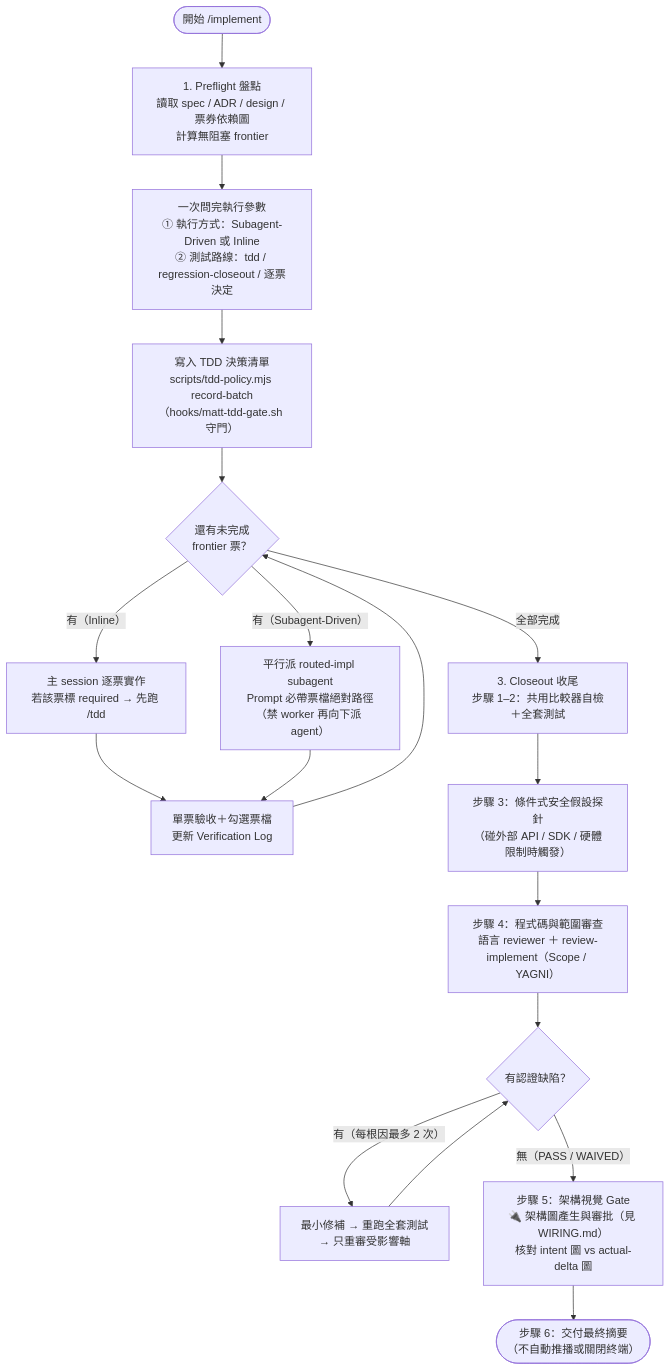
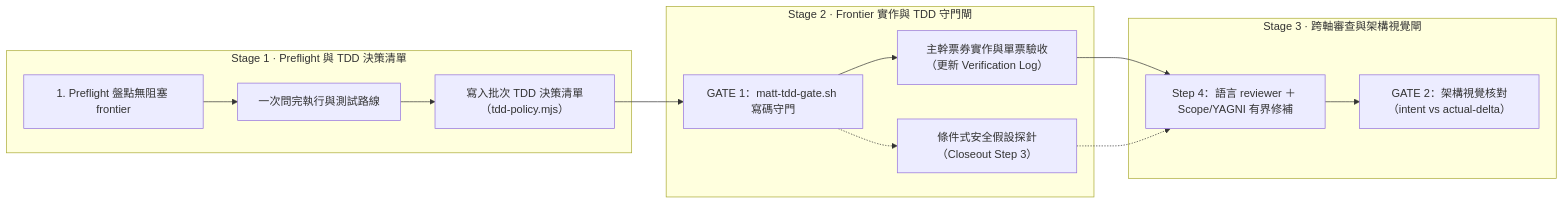
Before and after one commit to GGGODLIN/gggodlin-cc-harness: the diagram in skills/implement/README.md, drawn with Mermaid. The commit also changed other lines of this file and 19 other files, not shown here.

Commit message:
docs: add wide Diagram Design SVG figures for all 10 major mechanisms

````diff
--- a/skills/implement/README.md
+++ b/skills/implement/README.md
@@ -7,22 +12,16 @@
 ```mermaid
-flowchart TD
-  Start(["開始 /implement"]) --> Preflight["1. Preflight 盤點\n讀取 spec / ADR / design / 票券依賴圖\n計算無阻塞 frontier"]
-  Preflight --> AskOnce["一次問完執行參數\n① 執行方式：Subagent-Driven 或 Inline\n② 測試路線：tdd / regression-closeout / 逐票決定"]
-  AskOnce --> Manifest["寫入 TDD 決策清單\nscripts/tdd-policy.mjs record-batch\n（hooks/matt-tdd-gate.sh 守門）"]
-  Manifest --> Frontier{"還有未完成\nfrontier 票？"}
-
-  Frontier -- "有（Inline）" --> InlineWork["主 session 逐票實作\n若該票標 required → 先跑 /tdd"]
-  Frontier -- "有（Subagent-Driven）" --> DispatchWorker["平行派 routed-impl subagent\nPrompt 必帶票檔絕對路徑\n（禁 worker 再向下派 agent）"]
-  InlineWork --> TickVerify["單票驗收＋勾選票檔\n更新 Verification Log"]
-  DispatchWorker --> TickVerify
-  TickVerify --> Frontier
-
-  Frontier -- "全部完成" --> Closeout1["3. Closeout 收尾\n步驟 1–2：共用比較器自檢＋全套測試"]
-  Closeout1 --> Closeout3["步驟 3：條件式安全假設探針\n（碰外部 API / SDK / 硬體限制時觸發）"]
-  Closeout3 --> Closeout4["步驟 4：程式碼與範圍審查\n語言 reviewer ＋ review-implement（Scope / YAGNI）"]
-  Closeout4 --> Repair{"有認證缺陷？"}
-  Repair -- "有（每根因最多 2 次）" --> FixLoop["最小修補 → 重跑全套測試\n→ 只重審受影響軸"]
-  FixLoop --> Repair
-  Repair -- "無（PASS / WAIVED）" --> VisualGate["步驟 5：架構視覺 Gate\n🔌 架構圖產生與審批（見 WIRING.md）\n核對 intent 圖 vs actual-delta 圖"]
-  VisualGate --> Done(["步驟 6：交付最終摘要\n（不自動推播或關閉終端）"])
+flowchart LR
+  subgraph S1["Stage 1 · Preflight 與 TDD 決策清單"]
+    Preflight["1. Preflight 盤點無阻塞 frontier"] --> AskOnce["一次問完執行與測試路線"] --> Manifest["寫入批次 TDD 決策清單（tdd-policy.mjs）"]
+  end
+  subgraph S2["Stage 2 · Frontier 實作與 TDD 守門閘"]
+    Gate1["GATE 1：matt-tdd-gate.sh 寫碼守門"] --> Exec["主幹票券實作與單票驗收（更新 Verification Log）"]
+    Gate1 -.-> Probe["條件式安全假設探針（Closeout Step 3）"]
+  end
+  subgraph S3["Stage 3 · 跨軸審查與架構視覺閘"]
+    Review["Step 4：語言 reviewer ＋ Scope/YAGNI 有界修補"] --> VisualGate["GATE 2：架構視覺核對（intent vs actual-delta）"]
+  end
+  Manifest --> Gate1
+  Exec --> Review
+  Probe -.-> Review
 ```
````
